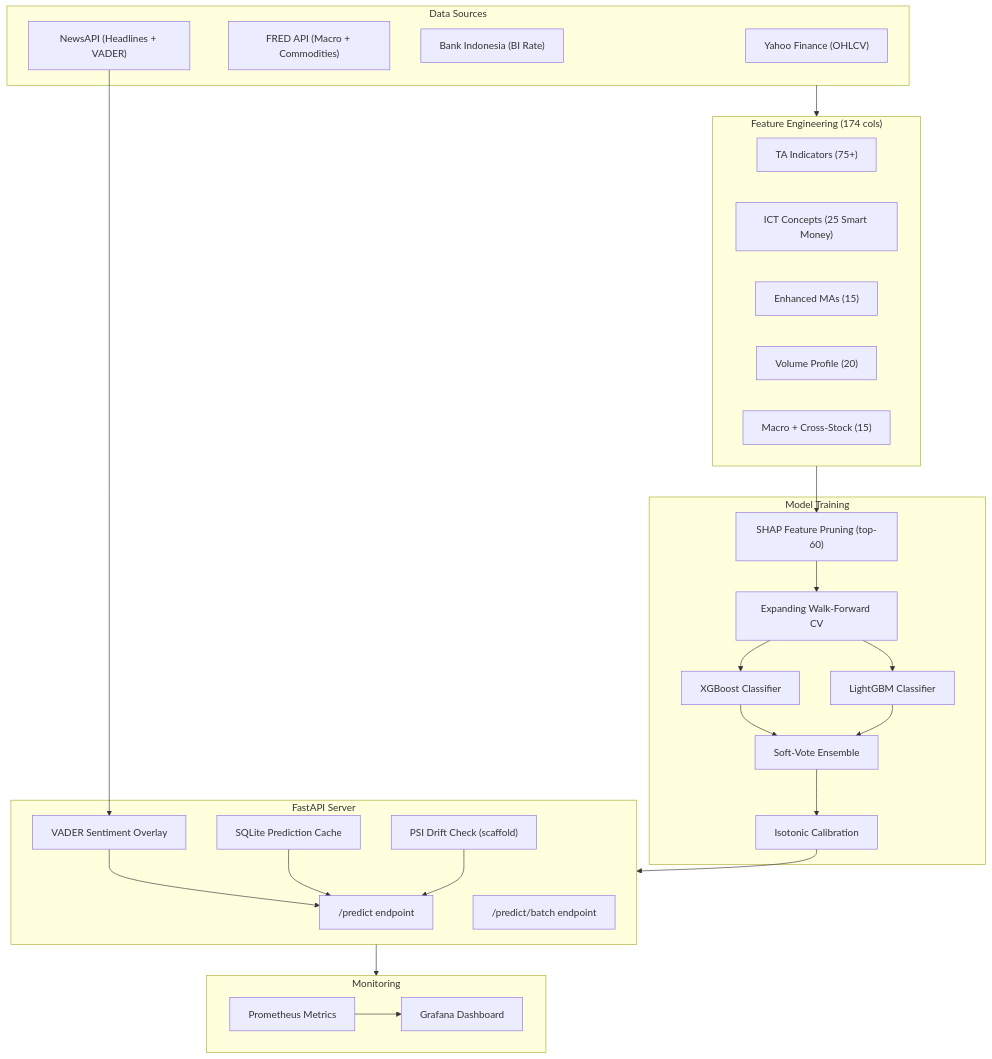
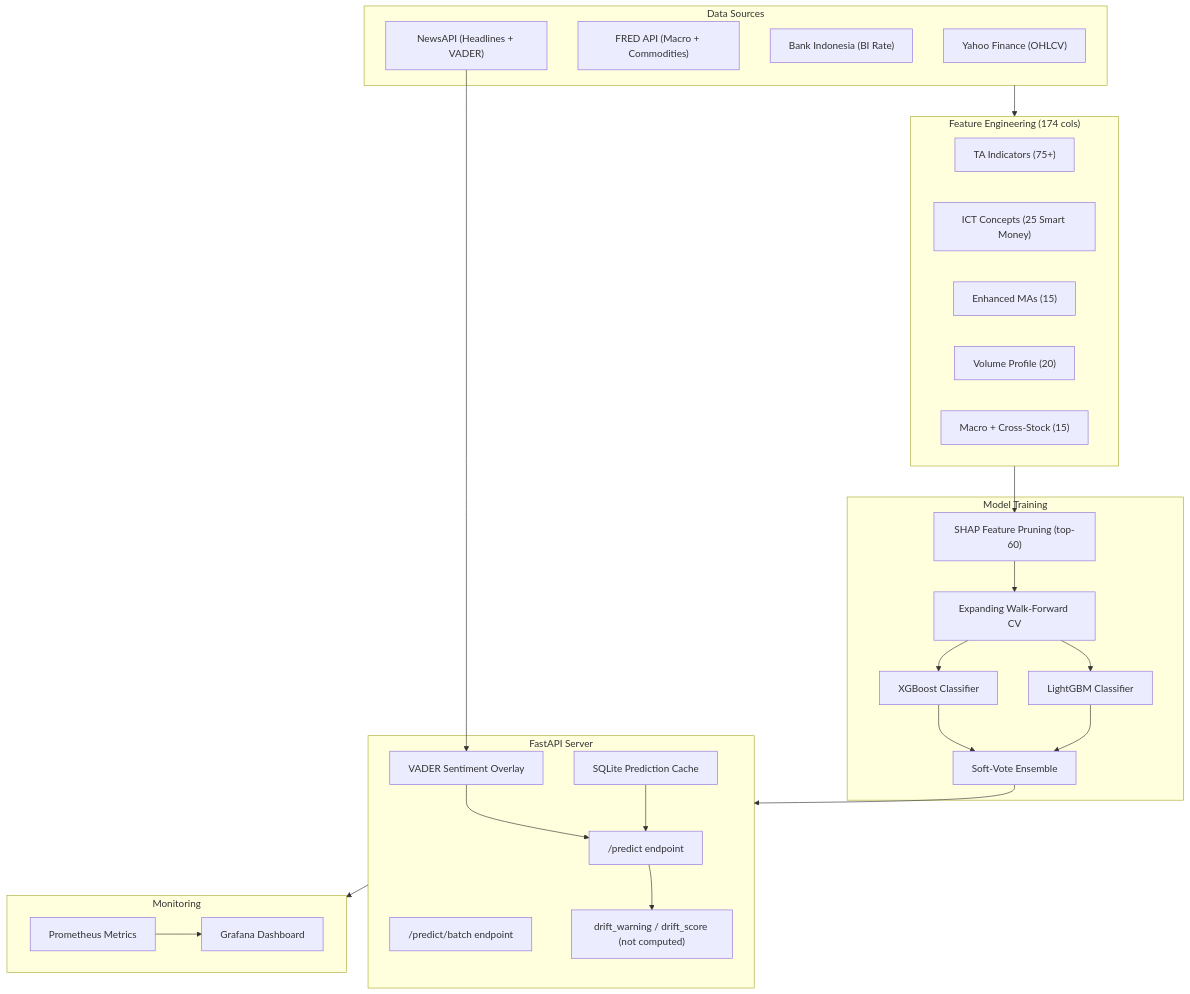
The diagram in README.md (rafifshaf-fun/indonesian-stock-mlops), drawn with Mermaid before and after one commit. The commit also changed other lines of this file and 7 other files, not shown here.

````diff
--- a/README.md
+++ b/README.md
@@ -36,56 +36,54 @@
 ```mermaid
 flowchart TB
     subgraph Data["Data Sources"]
         YH["Yahoo Finance (OHLCV)"]
         FR["FRED API (Macro + Commodities)"]
         BI["Bank Indonesia (BI Rate)"]
         NA["NewsAPI (Headlines + VADER)"]
     end
 
     subgraph Features["Feature Engineering (174 cols)"]
         TA["TA Indicators (75+)"]
         ICT["ICT Concepts (25 Smart Money)"]
         EMA["Enhanced MAs (15)"]
         VP["Volume Profile (20)"]
         MX["Macro + Cross-Stock (15)"]
     end
 
     subgraph Training["Model Training"]
         SHAP["SHAP Feature Pruning (top-60)"]
         CV["Expanding Walk-Forward CV"]
         XG["XGBoost Classifier"]
         LG["LightGBM Classifier"]
         EN["Soft-Vote Ensemble"]
-        CAL["Isotonic Calibration"]
     end
 
     subgraph API["FastAPI Server"]
         PRED["/predict endpoint"]
         BATCH["/predict/batch endpoint"]
         CACHE["SQLite Prediction Cache"]
         SENT["VADER Sentiment Overlay"]
-        PSI["PSI Drift Check (scaffold)"]
+        DRIFT["drift_warning / drift_score (not computed)"]
     end
 
     subgraph Monitor["Monitoring"]
         PROM["Prometheus Metrics"]
         GRAF["Grafana Dashboard"]
     end
 
     Data --> Features
     Features --> SHAP
     SHAP --> CV
     CV --> XG
     CV --> LG
     XG --> EN
     LG --> EN
-    EN --> CAL
-    CAL --> API
+    EN --> API
     API --> Monitor
 
     NA --> SENT
     SENT --> PRED
     CACHE --> PRED
-    PSI --> PRED
+    PRED --> DRIFT
     PROM --> GRAF
 ```
````
